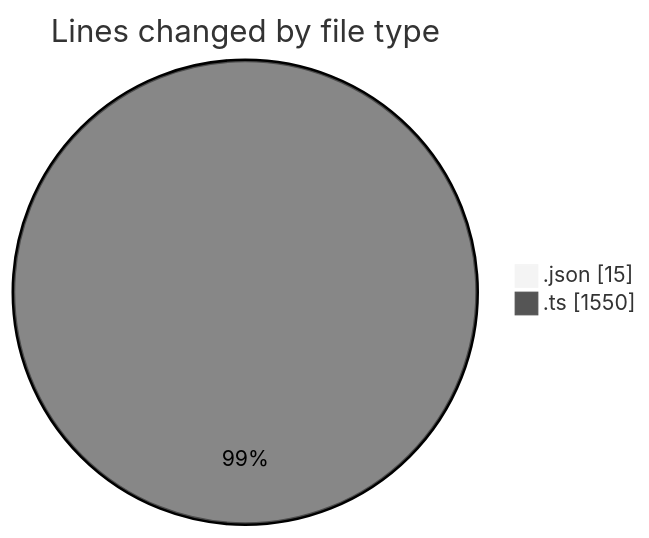
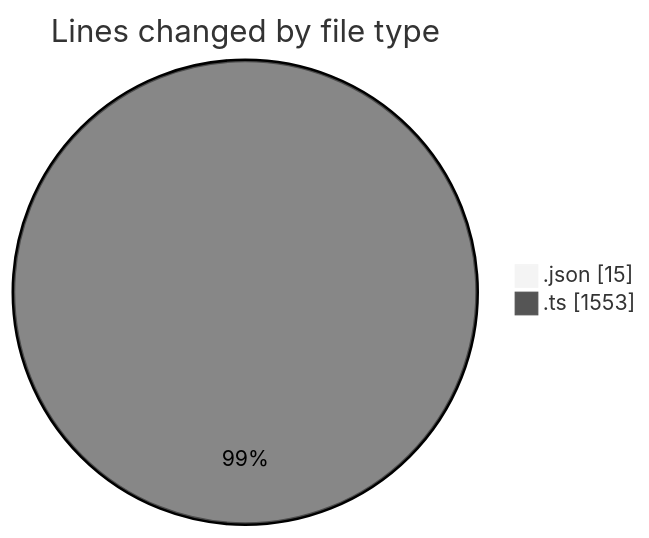
One commit to tmsrecording-cyber/code-tracking changed the first of 2 diagrams in 2026-02-01/singularitybrainai/README.md. Above: the diagram before and after it, drawn with Mermaid (neutral theme). The commit also changed other lines of this file and 1 other file, not shown here.

````diff
--- a/2026-02-01/singularitybrainai/README.md
+++ b/2026-02-01/singularitybrainai/README.md
@@ -22,6 +22,6 @@
 ```mermaid
 pie showData
 title Lines changed by file type
 ".json" : 15
-".ts" : 1550
+".ts" : 1553
 ```
````
